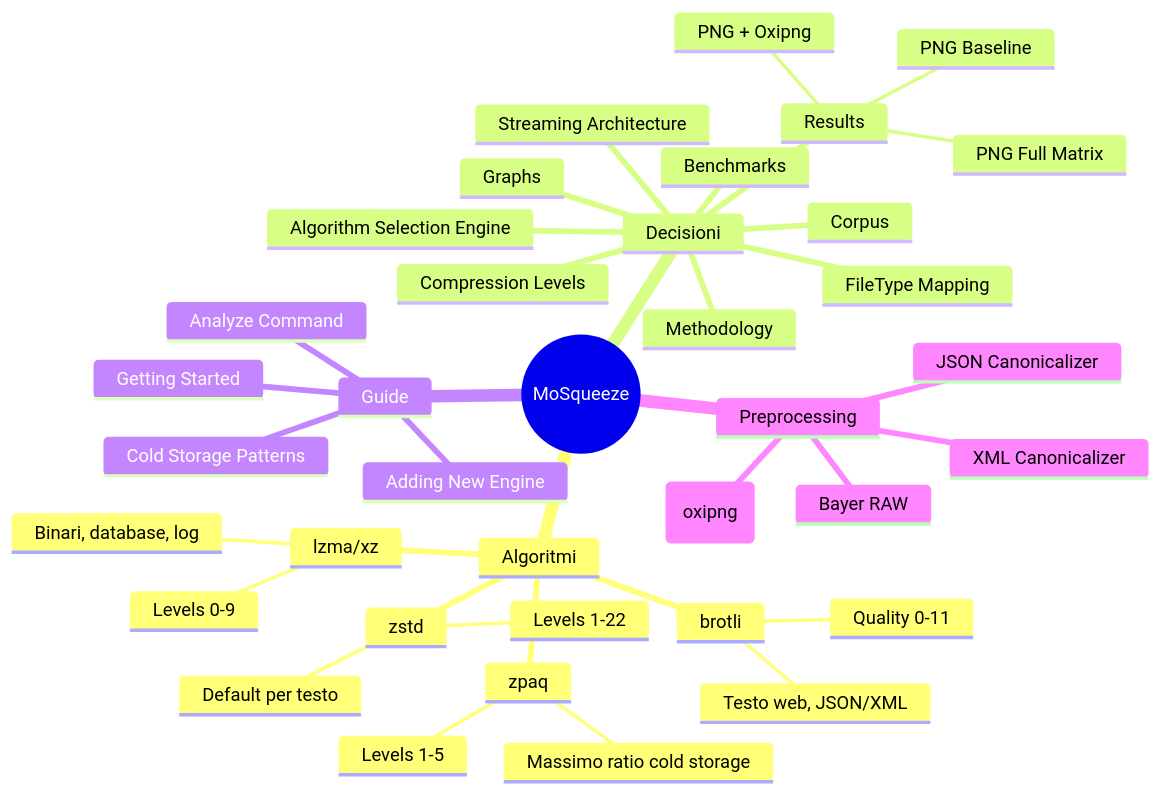
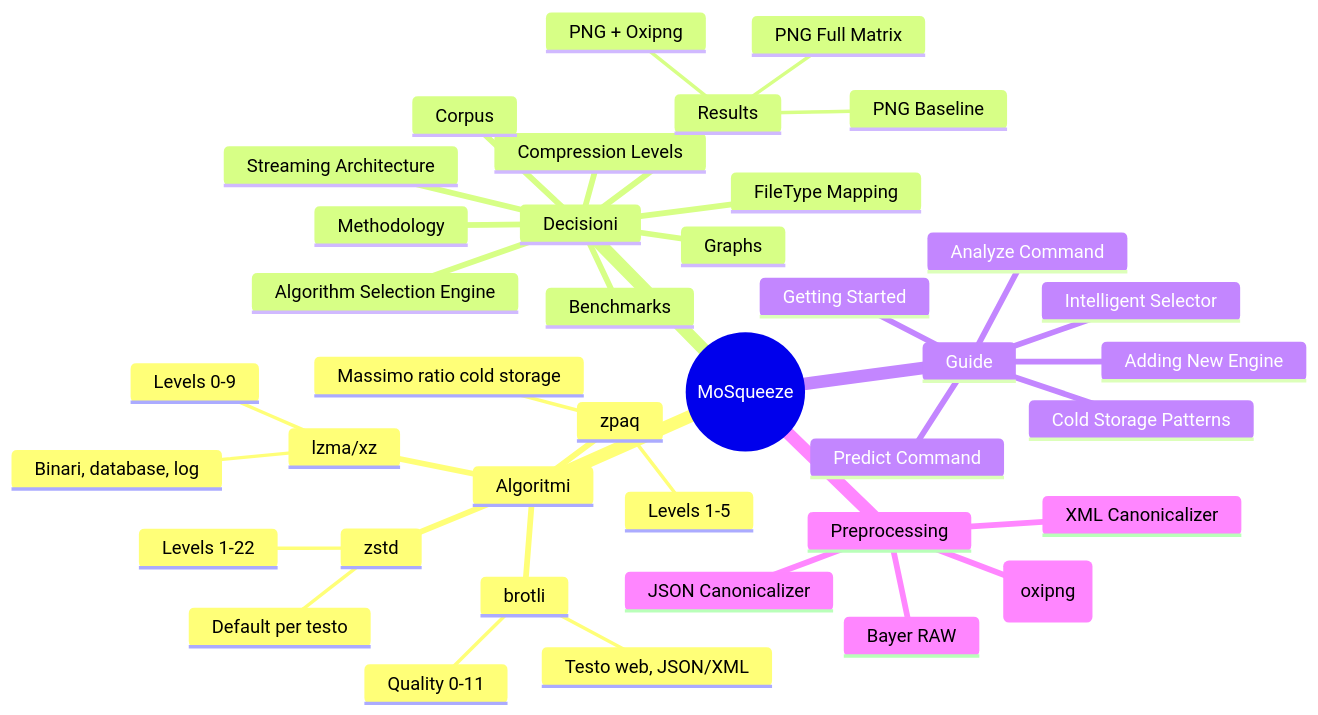
The diagram in docs/wiki/index.md (fathorMB/MoSqueeze), drawn with Mermaid before and after one commit. The commit also changed other lines of this file and 1 other file, not shown here.

Commit message:
docs: add predict command guide and update wiki index (#98) (#104)

````diff
--- a/docs/wiki/index.md
+++ b/docs/wiki/index.md
@@ -11,41 +11,43 @@
 ```mermaid
 mindmap
   root((MoSqueeze))
     Algoritmi
       zstd
         Default per testo
         Levels 1-22
       lzma/xz
           Binari, database, log
           Levels 0-9
       brotli
           Testo web, JSON/XML
           Quality 0-11
       zpaq
           Massimo ratio cold storage
           Levels 1-5
     Decisioni
       FileType Mapping
       Streaming Architecture
       Compression Levels
       Algorithm Selection Engine
       Benchmarks
       Methodology
       Corpus
       Results
         PNG Baseline
         PNG Full Matrix
         PNG + Oxipng
       Graphs
     Guide
       Getting Started
       Adding New Engine
       Cold Storage Patterns
       Analyze Command
+      Predict Command
+      Intelligent Selector
 
     Preprocessing
       PNG Optimizer (oxipng)
       Bayer RAW
       JSON Canonicalizer
       XML Canonicalizer
 ```
````
